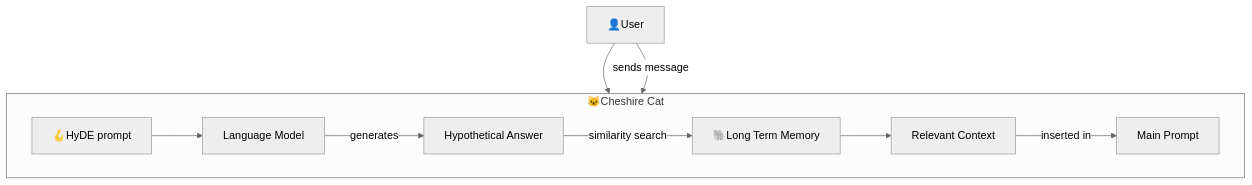
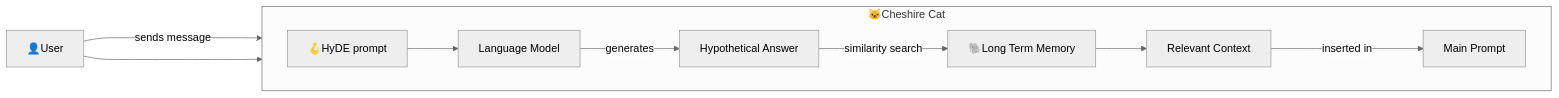
The diagram in mkdocs/conceptual/prompts/hyde.md (cheshire-cat-ai/core), drawn with Mermaid (neutral theme) before and after one commit. The commit also changed other lines of this file and 13 other files, not shown here.

Commit message:
- documented `llm.md` - documented `agent.md` - documented `main_prompt.md` - documented `summarization.md` - minor formatting

````diff
--- a/mkdocs/conceptual/prompts/hyde.md
+++ b/mkdocs/conceptual/prompts/hyde.md
@@ -39,13 +39,13 @@
 ```mermaid
-flowchart TB
+flowchart LR
     subgraph cat ["🐱Cheshire Cat"]
     direction LR
     hyde["🪝HyDE prompt"] --> llm[Language Model];
     llm -->|generates|answer[Hypothetical Answer];
     answer -->|similarity search|ltm["🐘Long Term Memory"];
     ltm --> context[Relevant Context];
-    context -->|inserted in|prompt[Main Prompt];
+    context --->|inserted in|prompt[Main Prompt];
     end
-    A["👤User"] -->|sends message|cat;
+    A["👤User"] ---->|sends message|hyde;
     A --> prompt
 ```
````
